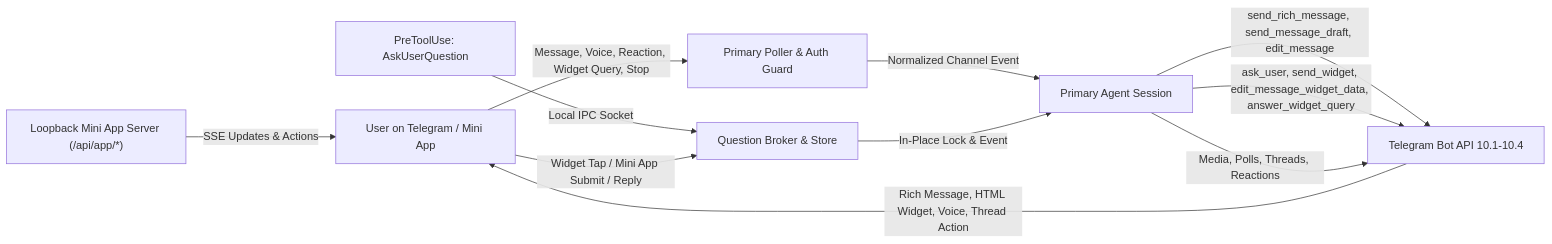
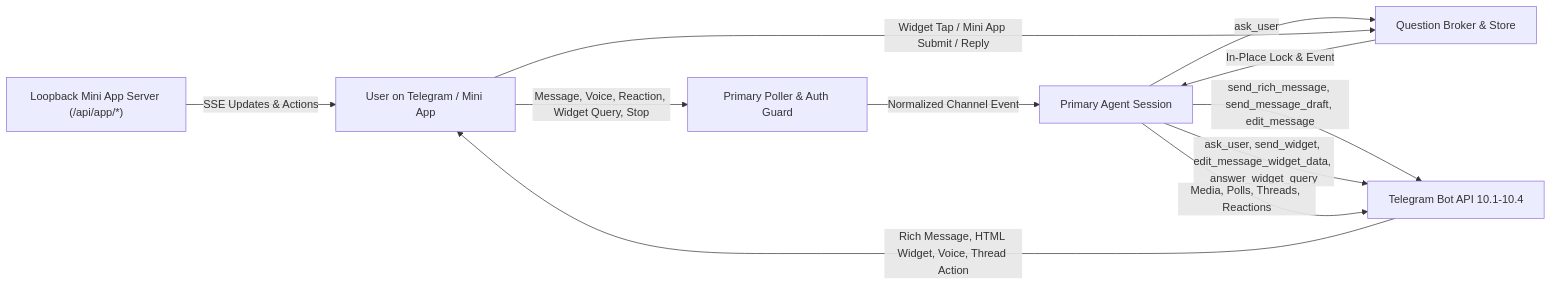
The diagram in cowork/ida-telegram/README.md (nicsuzor/academicOps), drawn with Mermaid before and after one commit. The commit also changed other lines of this file and 1144 other files, not shown here.

````diff
--- a/cowork/ida-telegram/README.md
+++ b/cowork/ida-telegram/README.md
@@ -7,13 +7,13 @@
 ```mermaid
 flowchart LR
     User["User on Telegram / Mini App"] -->|"Message, Voice, Reaction, Widget Query, Stop"| Poller["Primary Poller & Auth Guard"]
     Poller -->|"Normalized Channel Event"| Agent["Primary Agent Session"]
-    Hook["PreToolUse: AskUserQuestion"] -->|"Local IPC Socket"| Broker["Question Broker & Store"]
+    Agent -->|"ask_user"| Broker["Question Broker & Store"]
     Agent -->|"send_rich_message, send_message_draft, edit_message"| Out["Telegram Bot API 10.1-10.4"]
     Agent -->|"ask_user, send_widget, edit_message_widget_data, answer_widget_query"| Out
     Agent -->|"Media, Polls, Threads, Reactions"| Out
     Out -->|"Rich Message, HTML Widget, Voice, Thread Action"| User
     User -->|"Widget Tap / Mini App Submit / Reply"| Broker
     Broker -->|"In-Place Lock & Event"| Agent
     MiniApp["Loopback Mini App Server (/api/app/*)"] -->|"SSE Updates & Actions"| User
 ```
````
